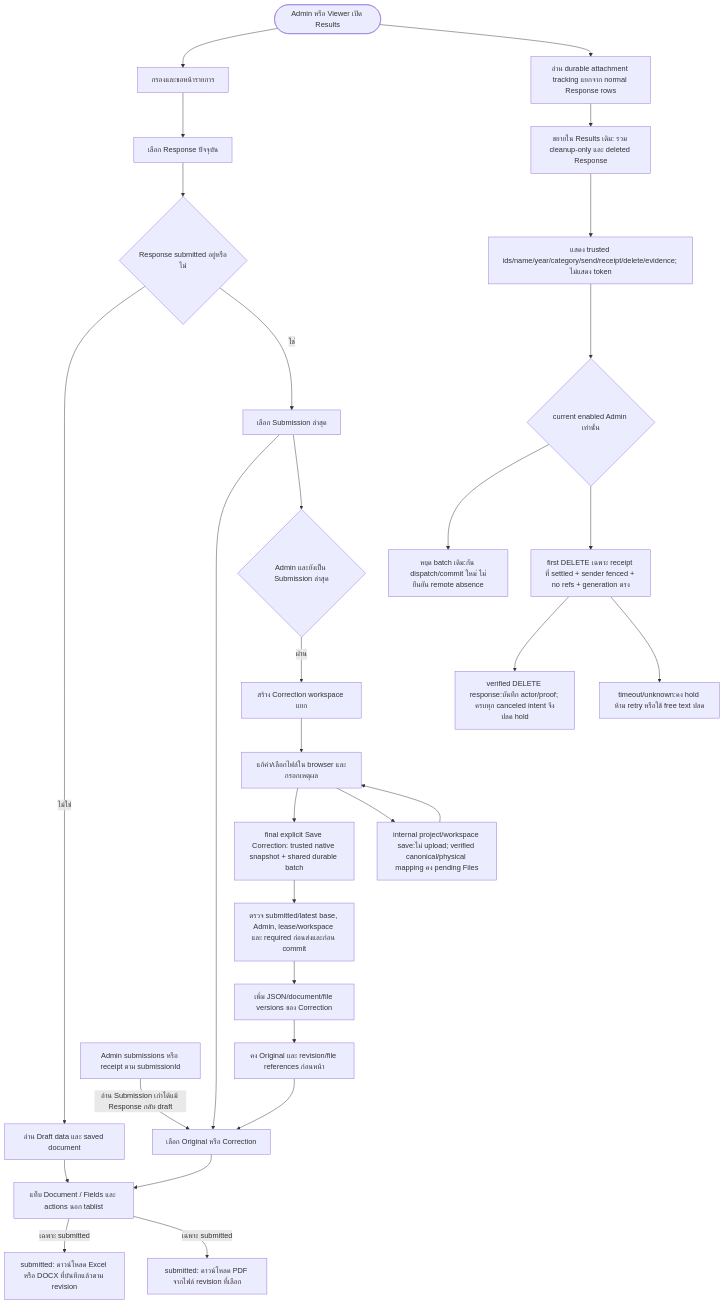
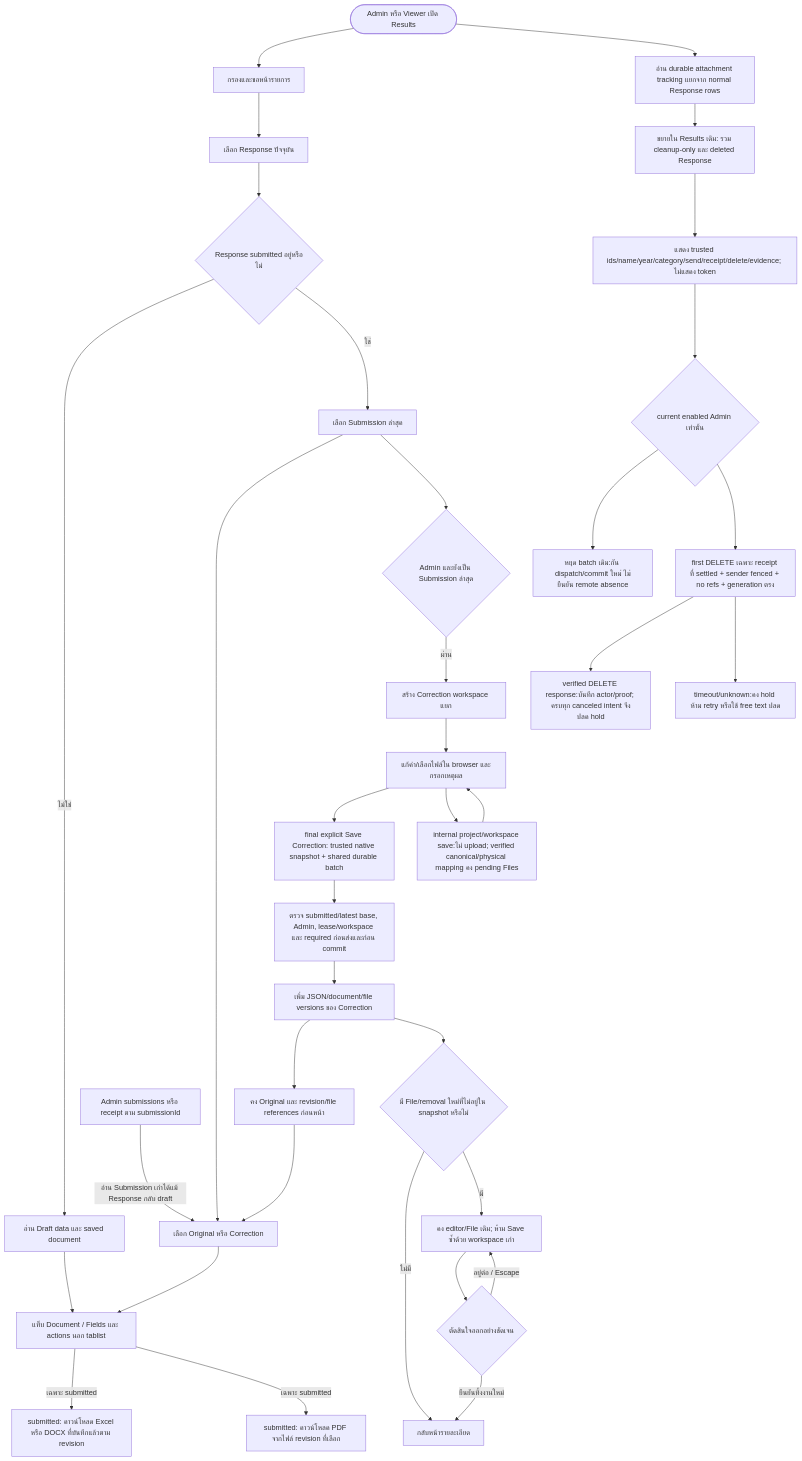
The diagram in .scratch/system-workflow/diagrams/09-results-correction.mmd (AquilaStudio2/folio-forms), drawn with Mermaid before and after one commit. The commit also changed 26 other files, not shown here.

```diff
--- a/.scratch/system-workflow/diagrams/09-results-correction.mmd
+++ b/.scratch/system-workflow/diagrams/09-results-correction.mmd
@@ -1,38 +1,44 @@
 flowchart TD
     search(["Admin หรือ Viewer เปิด Results"])
     filters["กรองและขอหน้ารายการ"]
     response["เลือก Response ปัจจุบัน"]
     state{"Response submitted อยู่หรือไม่"}
     draft["อ่าน Draft data และ saved document"]
     submission["เลือก Submission ล่าสุด"]
     revision["เลือก Original หรือ Correction"]
     read["แท็บ Document / Fields และ actions นอก tablist"]
     doc["submitted: ดาวน์โหลด Excel หรือ DOCX ที่บันทึกแล้วตาม revision"]
     pdf["submitted: ดาวน์โหลด PDF จากไฟล์ revision ที่เลือก"]
     canCorrect{"Admin และยังเป็น Submission ล่าสุด"}
     workspace["สร้าง Correction workspace แยก"]
     edit["แก้ค่า/เลือกไฟล์ใน browser และกรอกเหตุผล"]
     operation["final explicit Save Correction: trusted native snapshot + shared durable batch"]
     compare["ตรวจ submitted/latest base, Admin, lease/workspace และ required ก่อนส่งและก่อน commit"]
     append["เพิ่ม JSON/document/file versions ของ Correction"]
     preserved["คง Original และ revision/file references ก่อนหน้า"]
     past["Admin submissions หรือ receipt ตาม submissionId"]
     search --> filters --> response --> state
     search --> tracking["อ่าน durable attachment tracking แยกจาก normal Response rows"]
     tracking --> expanded["ขยายใน Results เดิม: รวม cleanup-only และ deleted Response"]
     expanded --> evidence["แสดง trusted ids/name/year/category/send/receipt/delete/evidence; ไม่แสดง token"]
     evidence --> operator{"current enabled Admin เท่านั้น"}
     operator --> fence["หยุด batch เดิม:กัน dispatch/commit ใหม่ ไม่ยืนยัน remote absence"]
     operator --> cleanup["first DELETE เฉพาะ receipt ที่ settled + sender fenced + no refs + generation ตรง"]
     cleanup --> verified["verified DELETE response:บันทึก actor/proof; ครบทุก canceled intent จึงปลด hold"]
     cleanup --> uncertain["timeout/unknown:คง hold ห้าม retry หรือใช้ free text ปลด"]
     state -->|"ไม่ใช่"| draft --> read
     state -->|"ใช่"| submission --> revision --> read
     read -->|"เฉพาะ submitted"| doc
     read -->|"เฉพาะ submitted"| pdf
     submission --> canCorrect
     canCorrect -->|"ผ่าน"| workspace --> edit --> operation --> compare --> append
     edit --> internal["internal project/workspace save:ไม่ upload; verified canonical/physical mapping คง pending Files"]
     internal --> edit
     append --> preserved --> revision
+    append --> remaining{"มี File/removal ใหม่ที่ไม่อยู่ใน snapshot หรือไม่"}
+    remaining -->|"ไม่มี"| returnResult["กลับหน้ารายละเอียด"]
+    remaining -->|"มี"| keepEditor["คง editor/File เดิม; ห้าม Save ซ้ำด้วย workspace เก่า"]
+    keepEditor --> decision{"ตัดสินใจออกอย่างชัดเจน"}
+    decision -->|"อยู่ต่อ / Escape"| keepEditor
+    decision -->|"ยืนยันทิ้งงานใหม่"| returnResult
     past -->|"อ่าน Submission เก่าได้แม้ Response กลับ draft"| revision
```
